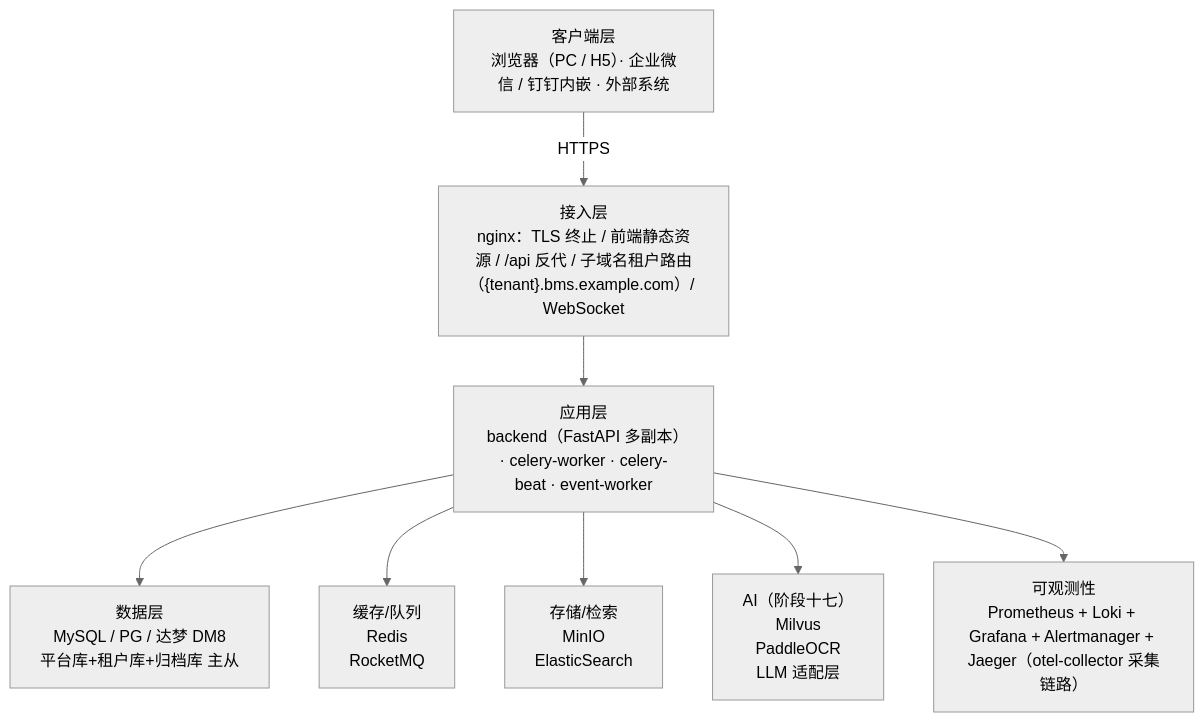
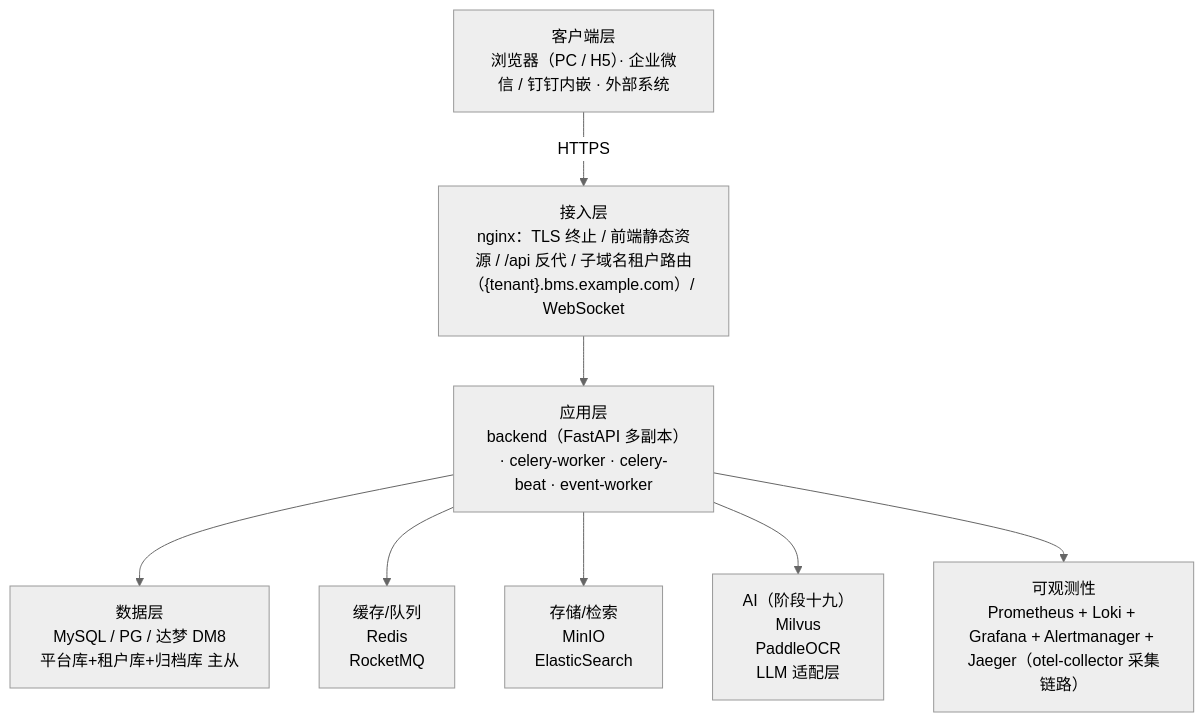
One commit to minjian123/basic-management-system changed the first of 2 diagrams in bms文档/设计/架构设计/03_架构设计_总体架构.md. Above: the diagram before and after it, drawn with Mermaid (neutral theme). The commit also changed other lines of this file and 127 other files, not shown here.

````diff
--- a/bms文档/设计/架构设计/03_架构设计_总体架构.md
+++ b/bms文档/设计/架构设计/03_架构设计_总体架构.md
@@ -15,11 +15,11 @@
 ```mermaid
 graph TD
     A["客户端层<br/>浏览器（PC / H5）· 企业微信 / 钉钉内嵌 · 外部系统"]
     A -->|HTTPS| B["接入层<br/>nginx：TLS 终止 / 前端静态资源 / /api 反代 / 子域名租户路由（{tenant}.bms.example.com）/ WebSocket"]
     B --> C["应用层<br/>backend（FastAPI 多副本）· celery-worker · celery-beat · event-worker"]
     C --> D["数据层<br/>MySQL / PG / 达梦 DM8<br/>平台库+租户库+归档库 主从"]
     C --> E["缓存/队列<br/>Redis<br/>RocketMQ"]
     C --> F["存储/检索<br/>MinIO<br/>ElasticSearch"]
-    C --> G["AI（阶段十七）<br/>Milvus<br/>PaddleOCR<br/>LLM 适配层"]
+    C --> G["AI（阶段十九）<br/>Milvus<br/>PaddleOCR<br/>LLM 适配层"]
     C --> H["可观测性<br/>Prometheus + Loki + Grafana + Alertmanager + Jaeger（otel-collector 采集链路）"]
 ```
````
